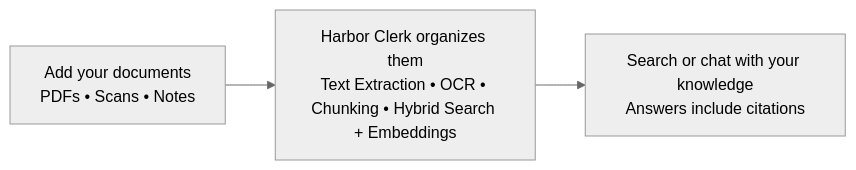
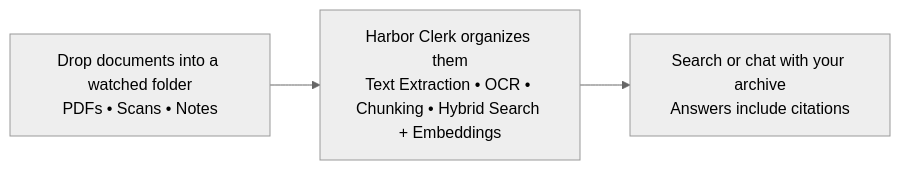
Before and after one commit to r0shi/harborclerk: the first of 2 diagrams in README.md, drawn with Mermaid (neutral theme). The commit also changed other lines of this file and 2 other files, not shown here.

````diff
--- a/README.md
+++ b/README.md
@@ -34,7 +33,7 @@
 ```mermaid
 graph LR
-    docs["Add your documents<br/>PDFs • Scans • Notes"]
+    docs["Drop documents into a watched folder<br/>PDFs • Scans • Notes"]
     process["Harbor Clerk organizes them<br/>Text Extraction • OCR • Chunking • Hybrid Search + Embeddings"]
-    ask["Search or chat with your knowledge<br/>Answers include citations"]
+    ask["Search or chat with your archive<br/>Answers include citations"]
     docs --> process --> ask
 ```
````
